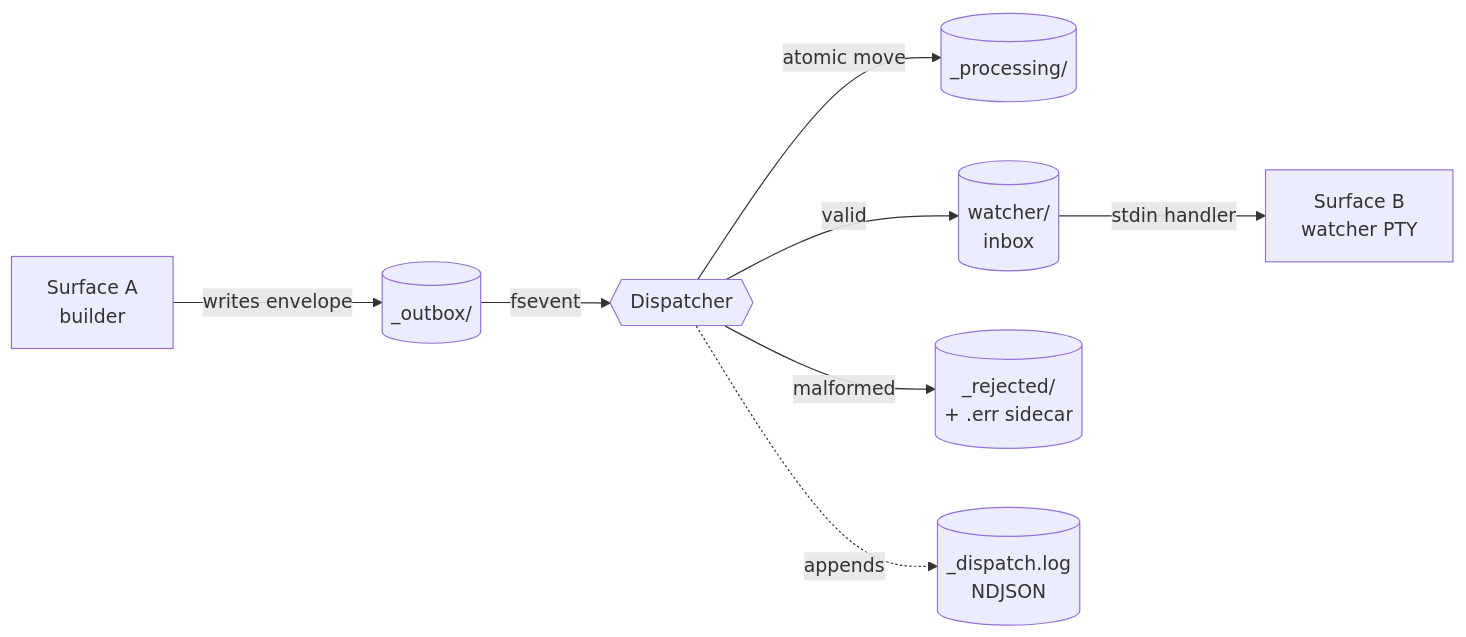
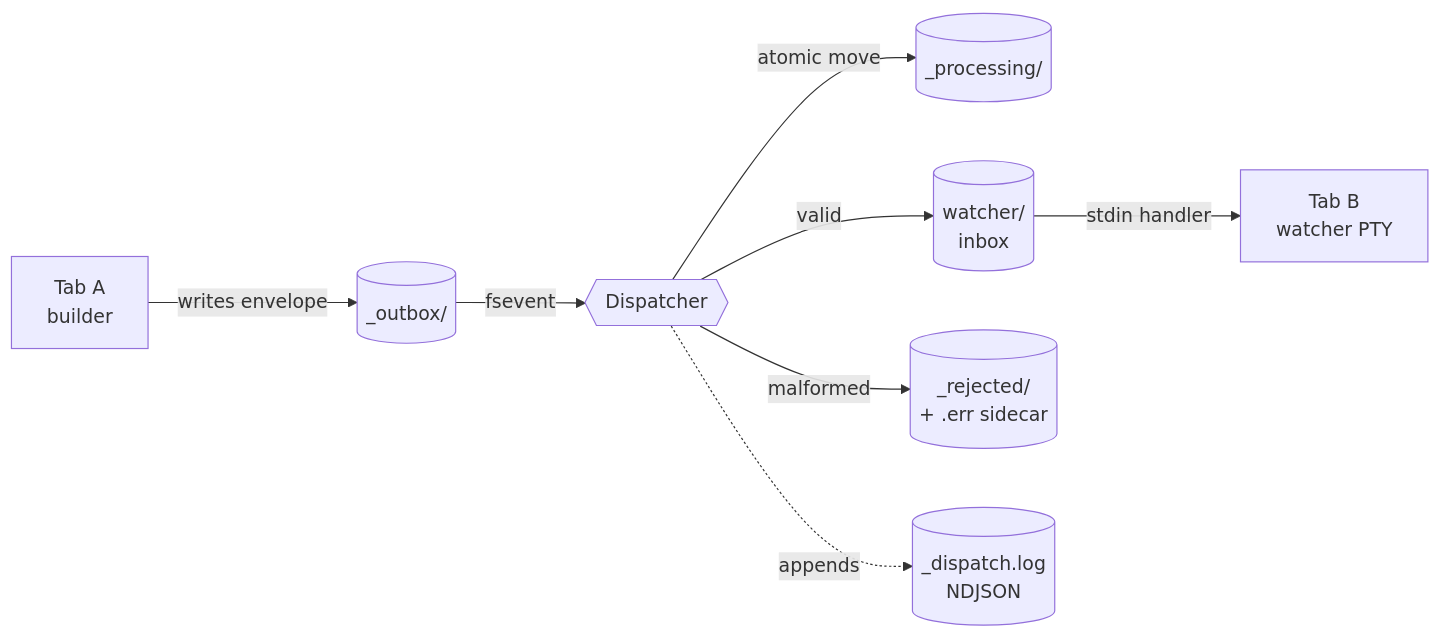
Before and after one commit to Stage-11-Agentics/c11: the first of 6 diagrams in docs/c11-mailbox-guide.md, drawn with Mermaid. The commit also changed other lines of this file and 59 other files, not shown here.

````diff
--- a/docs/c11-mailbox-guide.md
+++ b/docs/c11-mailbox-guide.md
@@ -17,10 +17,10 @@
 ```mermaid
 flowchart LR
-    A[Surface A<br/>builder] -- writes envelope --> OB[(_outbox/)]
+    A[Tab A<br/>builder] -- writes envelope --> OB[(_outbox/)]
     OB -- fsevent --> D{{Dispatcher}}
     D -- atomic move --> P[(_processing/)]
     D -- valid --> IB[(watcher/<br/>inbox)]
     D -- malformed --> R[(_rejected/<br/>+ .err sidecar)]
-    IB -- stdin handler --> B[Surface B<br/>watcher PTY]
+    IB -- stdin handler --> B[Tab B<br/>watcher PTY]
     D -.appends.-> L[(_dispatch.log<br/>NDJSON)]
 ```
````
